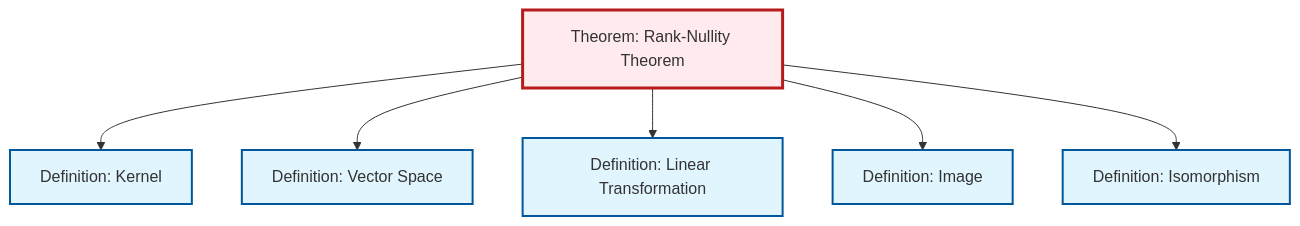
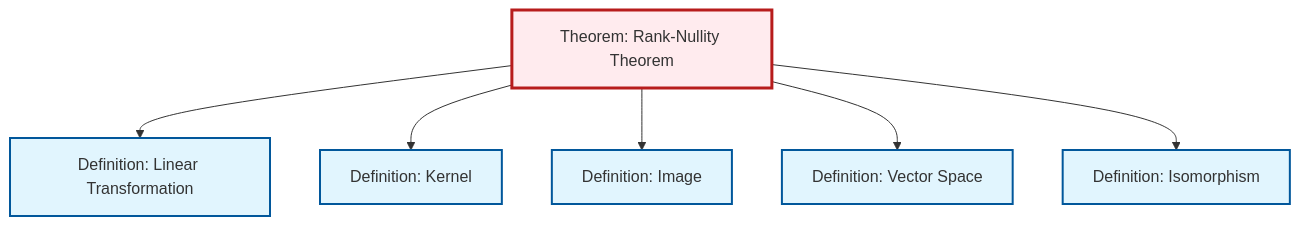
One commit to RK0429/ModernMath changed the diagram in content/en/algebra/thm-rank-nullity.qmd. Above: the diagram before and after it, drawn with Mermaid. The commit also changed other lines of this file and 672 other files, not shown here.

````diff
--- a/content/en/algebra/thm-rank-nullity.qmd
+++ b/content/en/algebra/thm-rank-nullity.qmd
@@ -56,26 +56,26 @@
 ```{mermaid}
 %%| fig-cap: "Local dependency graph"
 graph TD
     classDef definition fill:#e1f5fe,stroke:#01579b,stroke-width:2px
     classDef theorem fill:#f3e5f5,stroke:#4a148c,stroke-width:2px
     classDef axiom fill:#fff3e0,stroke:#e65100,stroke-width:2px
     classDef example fill:#e8f5e9,stroke:#1b5e20,stroke-width:2px
     classDef current fill:#ffebee,stroke:#b71c1c,stroke-width:3px
+    thm-rank-nullity["Theorem: Rank-Nullity Theorem"]:::theorem
+    def-isomorphism["Definition: Isomorphism"]:::definition
+    def-linear-transformation["Definition: Linear Transformation"]:::definition
     def-kernel["Definition: Kernel"]:::definition
     def-vector-space["Definition: Vector Space"]:::definition
-    def-isomorphism["Definition: Isomorphism"]:::definition
-    def-linear-transformation["Definition: Linear Transformation"]:::definition
-    thm-rank-nullity["Theorem: Rank-Nullity Theorem"]:::theorem
     def-image["Definition: Image"]:::definition
+    thm-rank-nullity --> def-linear-transformation
     thm-rank-nullity --> def-kernel
+    thm-rank-nullity --> def-image
     thm-rank-nullity --> def-vector-space
-    thm-rank-nullity --> def-linear-transformation
-    thm-rank-nullity --> def-image
     thm-rank-nullity --> def-isomorphism
     class thm-rank-nullity current
+    click def-isomorphism "def-isomorphism.html" "Go to Isomorphism definition"
+    click def-linear-transformation "def-linear-transformation.html" "Go to Linear Transformation definition"
     click def-kernel "def-kernel.html" "Go to Kernel definition"
     click def-vector-space "def-vector-space.html" "Go to Vector Space definition"
-    click def-isomorphism "def-isomorphism.html" "Go to Isomorphism definition"
-    click def-linear-transformation "def-linear-transformation.html" "Go to Linear Transformation definition"
     click def-image "def-image.html" "Go to Image definition"
 ```
````
